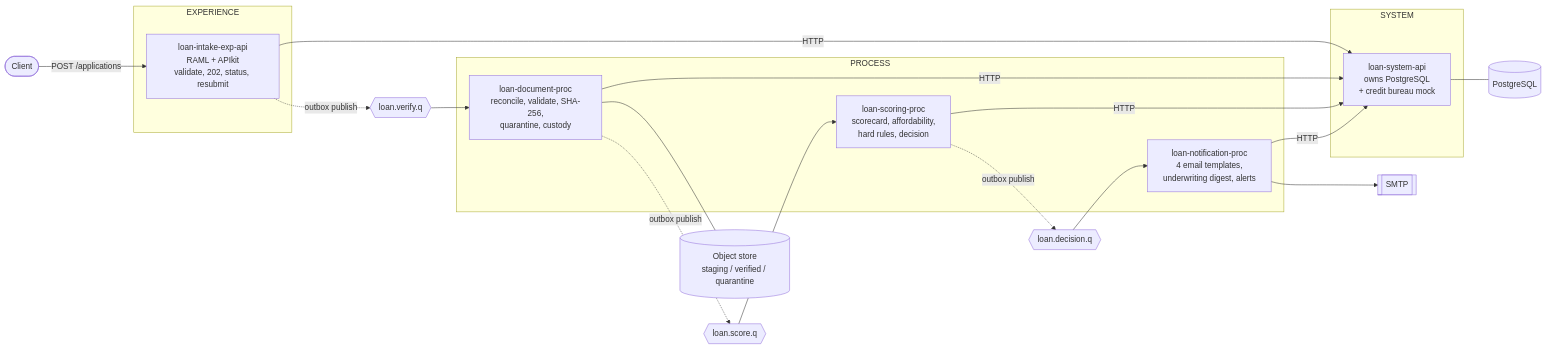
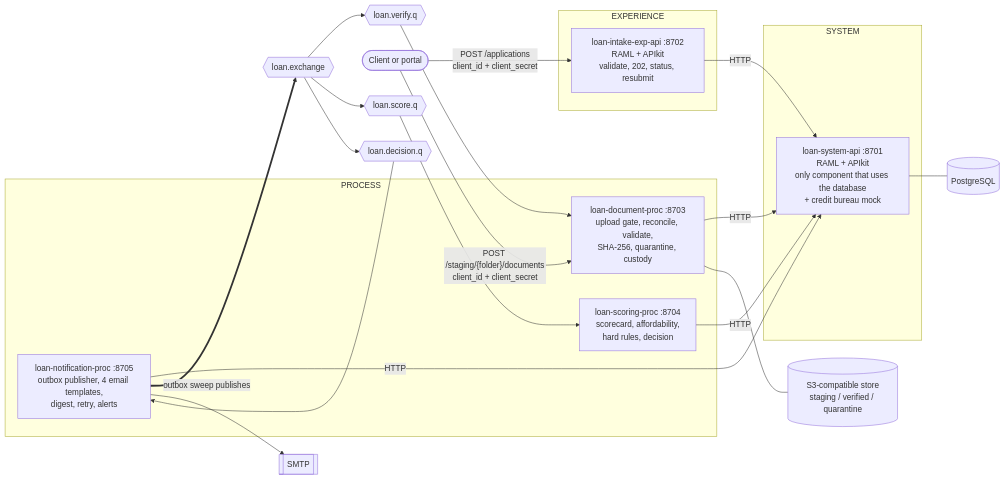
Before and after one commit to Aritraghoshdastidar/Use_Case_22_Banking_Loan_Application_Processing: the first of 8 diagrams in docs/HLD.md, drawn with Mermaid. The commit also changed other lines of this file and 13 other files, not shown here.

First line of the commit message:
Put the document upload endpoint behind API Manager and add the final design and evidence documents

````diff
--- a/docs/HLD.md
+++ b/docs/HLD.md
@@ -28,34 +32,36 @@
 ```mermaid
 flowchart LR
-    C([Client]) -->|POST /applications| EXP
+    C([Client or portal]) -->|"POST /applications<br/>client_id + client_secret"| EXP
+    C -->|"POST /staging/{folder}/documents<br/>client_id + client_secret"| DOC
 
     subgraph EXPERIENCE
-      EXP[loan-intake-exp-api<br/>RAML + APIkit<br/>validate, 202, status, resubmit]
+      EXP["loan-intake-exp-api :8702<br/>RAML + APIkit<br/>validate, 202, status, resubmit"]
     end
 
     subgraph PROCESS
-      DOC[loan-document-proc<br/>reconcile, validate, SHA-256,<br/>quarantine, custody]
-      SCO[loan-scoring-proc<br/>scorecard, affordability,<br/>hard rules, decision]
-      NOT[loan-notification-proc<br/>4 email templates,<br/>underwriting digest, alerts]
+      DOC["loan-document-proc :8703<br/>upload gate, reconcile, validate,<br/>SHA-256, quarantine, custody"]
+      SCO["loan-scoring-proc :8704<br/>scorecard, affordability,<br/>hard rules, decision"]
+      NOT["loan-notification-proc :8705<br/>outbox publisher, 4 email templates,<br/>digest, retry, alerts"]
     end
 
     subgraph SYSTEM
-      SYS[loan-system-api<br/>owns PostgreSQL<br/>+ credit bureau mock]
+      SYS["loan-system-api :8701<br/>RAML + APIkit<br/>only component that uses the database<br/>+ credit bureau mock"]
     end
 
     EXP -->|HTTP| SYS
     DOC -->|HTTP| SYS
     SCO -->|HTTP| SYS
     NOT -->|HTTP| SYS
 
-    EXP -. outbox publish .-> Q1{{loan.verify.q}}
+    NOT == "outbox sweep publishes" ==> X{{loan.exchange}}
+    X --> Q1{{loan.verify.q}}
     Q1 --> DOC
-    DOC -. outbox publish .-> Q2{{loan.score.q}}
+    X --> Q2{{loan.score.q}}
     Q2 --> SCO
-    SCO -. outbox publish .-> Q3{{loan.decision.q}}
+    X --> Q3{{loan.decision.q}}
     Q3 --> NOT
 
     SYS --- PG[(PostgreSQL)]
-    DOC --- S3[(Object store<br/>staging / verified / quarantine)]
+    DOC --- S3[("S3-compatible store<br/>staging / verified / quarantine")]
     NOT --> SMTP[[SMTP]]
 ```
````
